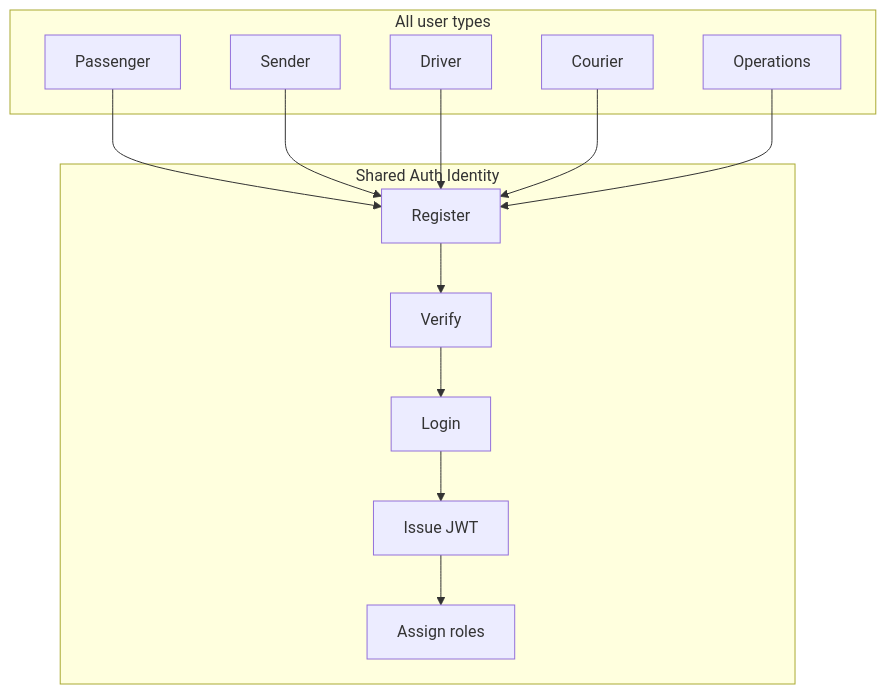
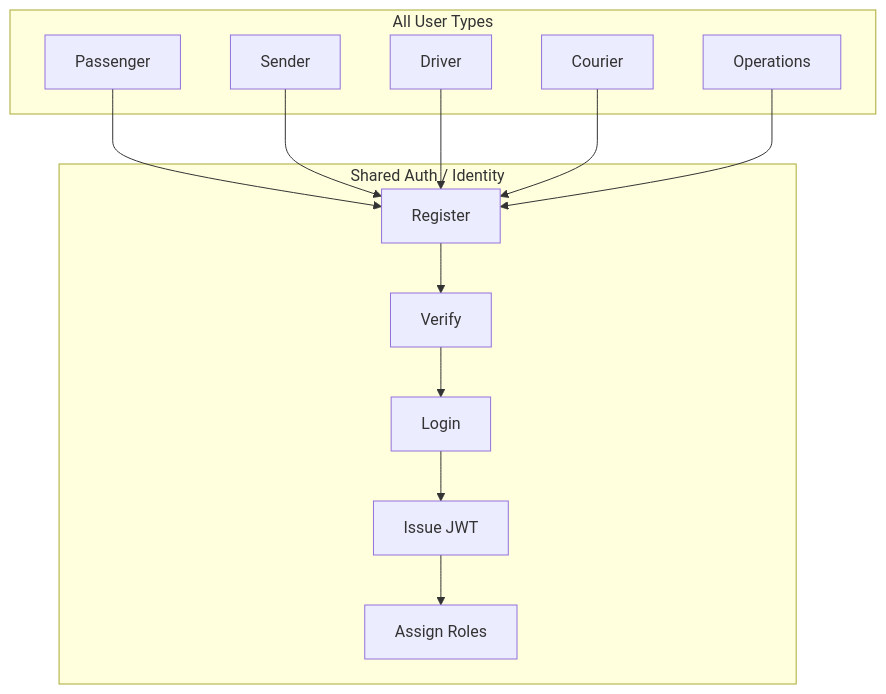
Before and after one commit to mostafiz57/Software-Architecture-Playbook: the fifth of 17 diagrams in case-studies/mobility-delivery-platform/README.md, drawn with Mermaid. The commit also changed other lines of this file, not shown here.

````diff
--- a/case-studies/mobility-delivery-platform/README.md
+++ b/case-studies/mobility-delivery-platform/README.md
@@ -256,28 +256,28 @@
 ```mermaid
 flowchart TB
-  subgraph Users["All user types"]
+  subgraph Users["All User Types"]
     P["Passenger"]
     S["Sender"]
     D["Driver"]
     C["Courier"]
     O["Operations"]
   end
 
-  subgraph AuthPlat["Shared Auth Identity"]
+  subgraph AuthPlat["Shared Auth / Identity"]
     Reg["Register"]
     Ver["Verify"]
     Login["Login"]
     JWT["Issue JWT"]
-    Roles["Assign roles"]
+    Roles["Assign Roles"]
   end
 
   P --> Reg
   S --> Reg
   D --> Reg
   C --> Reg
   O --> Reg
   Reg --> Ver
   Ver --> Login
   Login --> JWT
   JWT --> Roles
 ```
````
